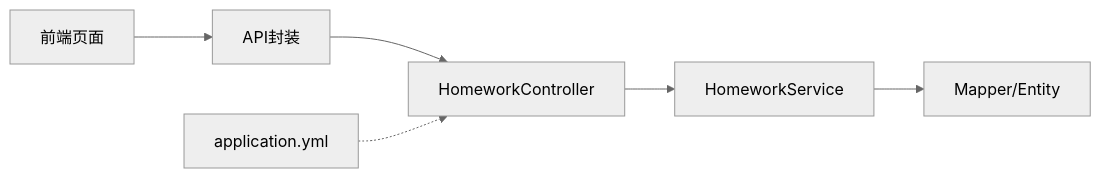
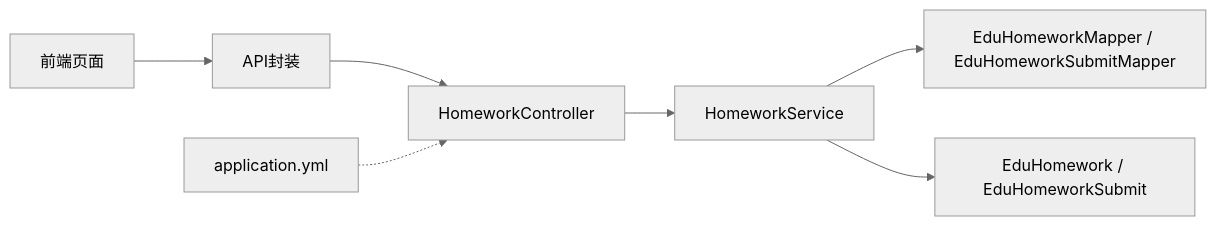
One commit to Jian9527/HelenEdu changed the sixth of 6 diagrams in .qoder/repowiki/zh/content/API接口文档/作业管理API.md. Above: the diagram before and after it, drawn with Mermaid (neutral theme). The commit also changed other lines of this file and 41 other files, not shown here.

````diff
--- a/.qoder/repowiki/zh/content/API接口文档/作业管理API.md
+++ b/.qoder/repowiki/zh/content/API接口文档/作业管理API.md
@@ -351,8 +369,9 @@
 ```mermaid
 graph LR
 FE["前端页面"] --> API["API封装"]
 API --> CTRL["HomeworkController"]
 CTRL --> SVC["HomeworkService"]
-SVC --> MAPPER["Mapper/Entity"]
+SVC --> MAPPER["EduHomeworkMapper / EduHomeworkSubmitMapper"]
+SVC --> ENTITY["EduHomework / EduHomeworkSubmit"]
 CONF["application.yml"] -.-> CTRL
 ```
````
